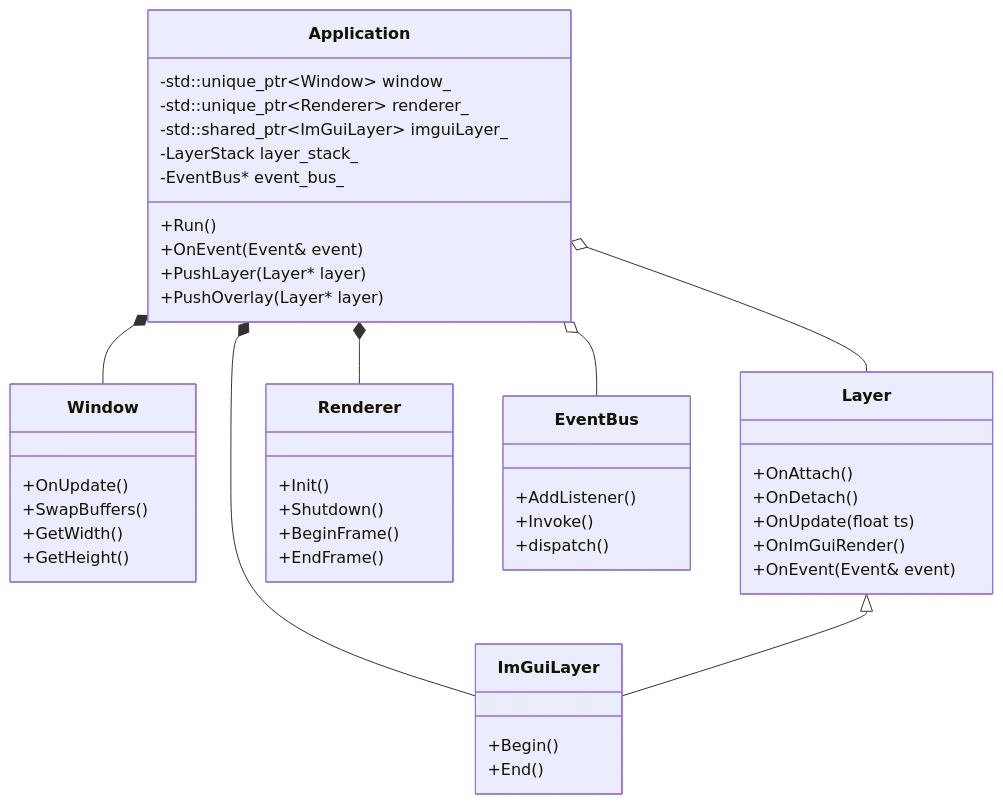
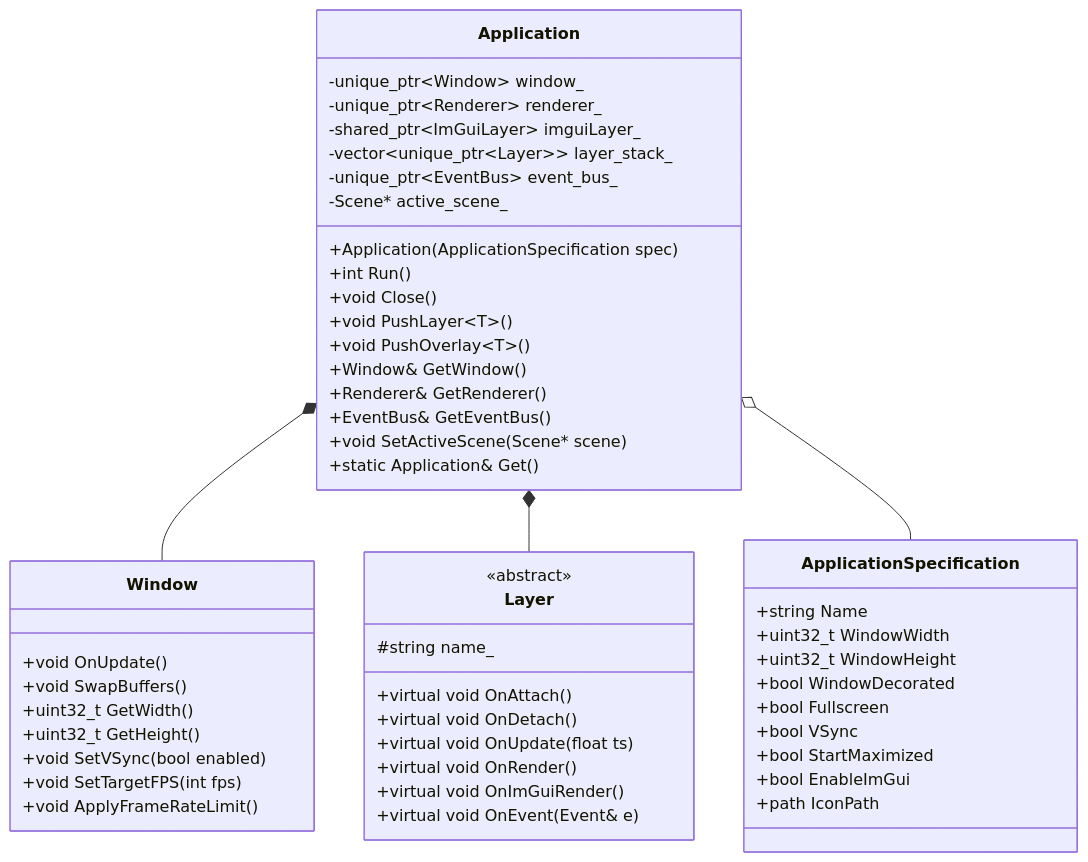
Before and after one commit to lucas85235/Monster-Engine: the second of 13 diagrams in docs/Architecture.md, drawn with Mermaid. The commit also changed other lines of this file and 31 other files, not shown here.

````diff
--- a/docs/Architecture.md
+++ b/docs/Architecture.md
@@ -7,54 +61,58 @@
 ```mermaid
 classDiagram
+    class ApplicationSpecification {
+        +string Name
+        +uint32_t WindowWidth
+        +uint32_t WindowHeight
+        +bool WindowDecorated
+        +bool Fullscreen
+        +bool VSync
+        +bool StartMaximized
+        +bool EnableImGui
+        +path IconPath
+    }
+
     class Application {
-        +Run()
-        +OnEvent(Event& event)
-        +PushLayer(Layer* layer)
-        +PushOverlay(Layer* layer)
-        -std::unique_ptr~Window~ window_
-        -std::unique_ptr~Renderer~ renderer_
-        -std::shared_ptr~ImGuiLayer~ imguiLayer_
-        -LayerStack layer_stack_
-        -EventBus* event_bus_
+        -unique_ptr~Window~ window_
+        -unique_ptr~Renderer~ renderer_
+        -shared_ptr~ImGuiLayer~ imguiLayer_
+        -vector~unique_ptr~Layer~~ layer_stack_
+        -unique_ptr~EventBus~ event_bus_
+        -Scene* active_scene_
+        +Application(ApplicationSpecification spec)
+        +int Run()
+        +void Close()
+        +void PushLayer~T~()
+        +void PushOverlay~T~()
+        +Window& GetWindow()
+        +Renderer& GetRenderer()
+        +EventBus& GetEventBus()
+        +void SetActiveScene(Scene* scene)
+        +static Application& Get()
+    }
+
+    class Layer {
+        <<abstract>>
+        #string name_
+        +virtual void OnAttach()
+        +virtual void OnDetach()
+        +virtual void OnUpdate(float ts)
+        +virtual void OnRender()
+        +virtual void OnImGuiRender()
+        +virtual void OnEvent(Event& e)
     }
 
     class Window {
-        +OnUpdate()
-        +SwapBuffers()
-        +GetWidth()
-        +GetHeight()
-    }
-
-    class Layer {
-        +OnAttach()
-        +OnDetach()
-        +OnUpdate(float ts)
-        +OnImGuiRender()
-        +OnEvent(Event& event)
-    }
-
-    class ImGuiLayer {
-        +Begin()
-        +End()
-    }
-
-    class Renderer {
-        +Init()
-        +Shutdown()
-        +BeginFrame()
-        +EndFrame()
-    }
-
-    class EventBus {
-        +AddListener()
-        +Invoke()
-        +dispatch()
+        +void OnUpdate()
+        +void SwapBuffers()
+        +uint32_t GetWidth()
+        +uint32_t GetHeight()
+        +void SetVSync(bool enabled)
+        +void SetTargetFPS(int fps)
+        +void ApplyFrameRateLimit()
     }
 
     Application *-- Window
-    Application *-- Renderer
-    Application *-- ImGuiLayer
-    Application o-- Layer
-    Application o-- EventBus
-    Layer <|-- ImGuiLayer
+    Application *-- Layer
+    Application o-- ApplicationSpecification
 ```
````
